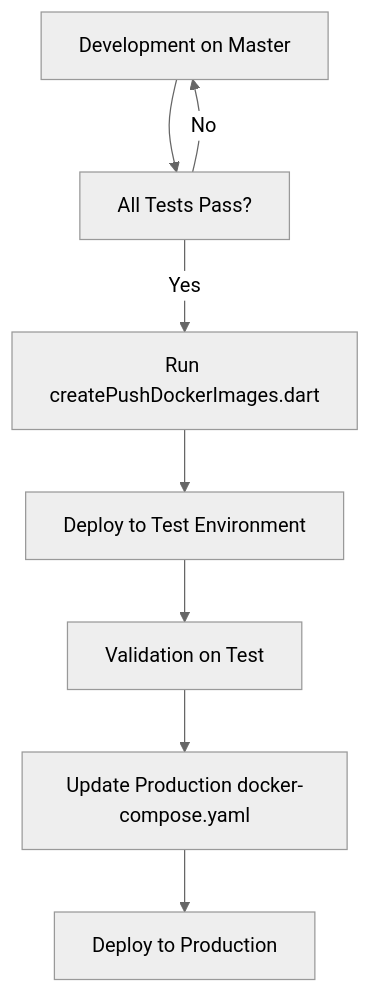
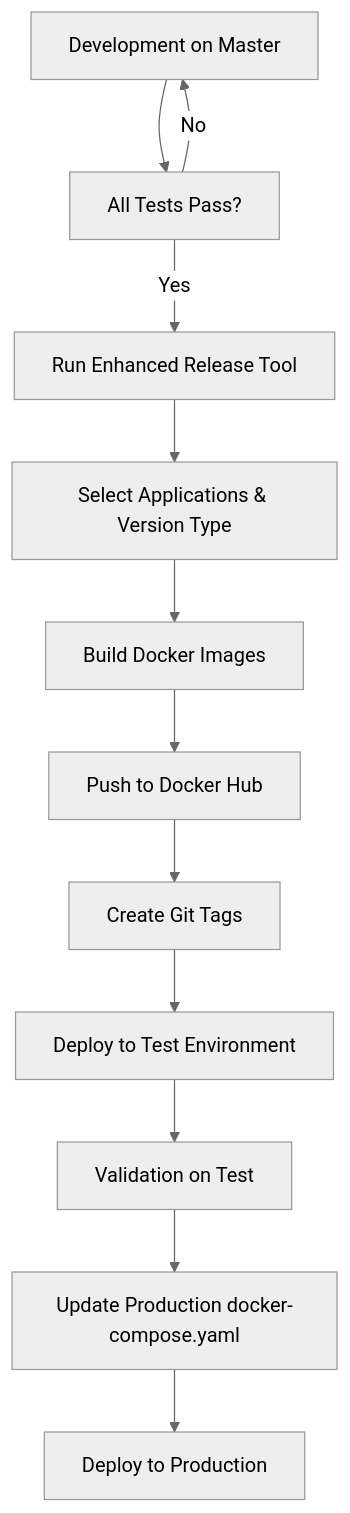
The first of 2 diagrams in docs/GrowERP_Version_Management_and_Release_Process.md (growerp/growerp), drawn with Mermaid (neutral theme) before and after one commit. The commit also changed other lines of this file and 26 other files, not shown here.

First line of the commit message:
feat: Add GrowERP Production Release Tool with comprehensive features

````diff
--- a/docs/GrowERP_Version_Management_and_Release_Process.md
+++ b/docs/GrowERP_Version_Management_and_Release_Process.md
@@ -93,10 +112,14 @@
 ```mermaid
 graph TD
     A[Development on Master] --> B[All Tests Pass?]
     B -->|No| A
-    B -->|Yes| C[Run createPushDockerImages.dart]
-    C --> D[Deploy to Test Environment]
-    D --> E[Validation on Test]
-    E --> F[Update Production docker-compose.yaml]
-    F --> G[Deploy to Production]
+    B -->|Yes| C[Run Enhanced Release Tool]
+    C --> D[Select Applications & Version Type]
+    D --> E[Build Docker Images]
+    E --> F[Push to Docker Hub]
+    F --> G[Create Git Tags]
+    G --> H[Deploy to Test Environment]
+    H --> I[Validation on Test]
+    I --> J[Update Production docker-compose.yaml]
+    J --> K[Deploy to Production]
 ```
````
